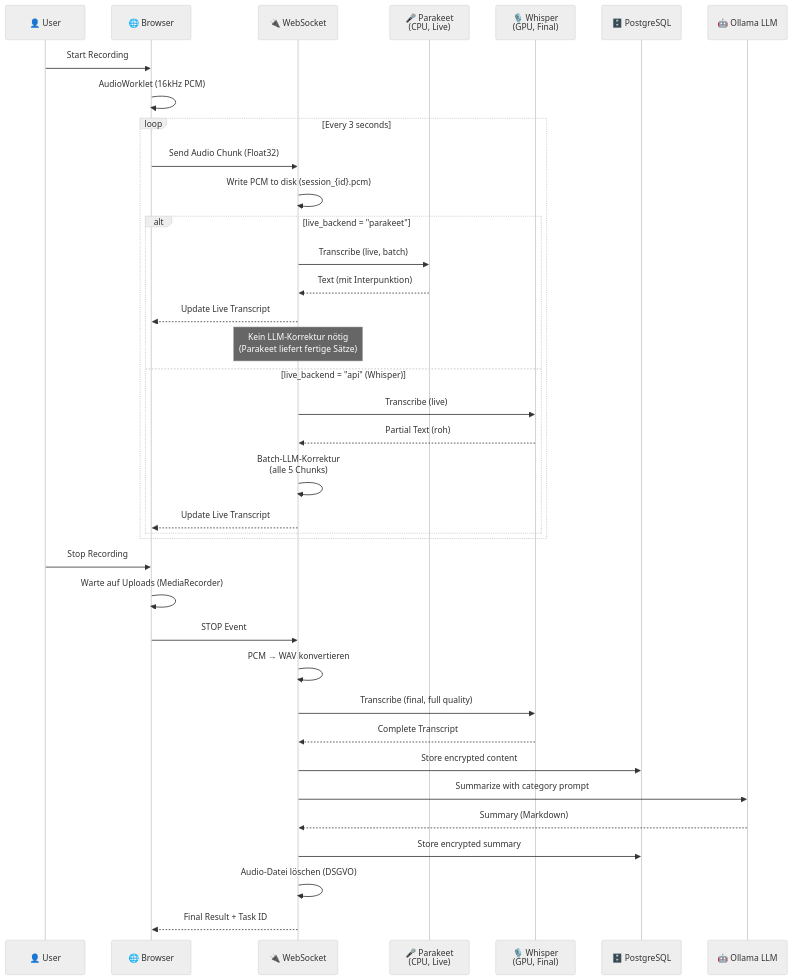
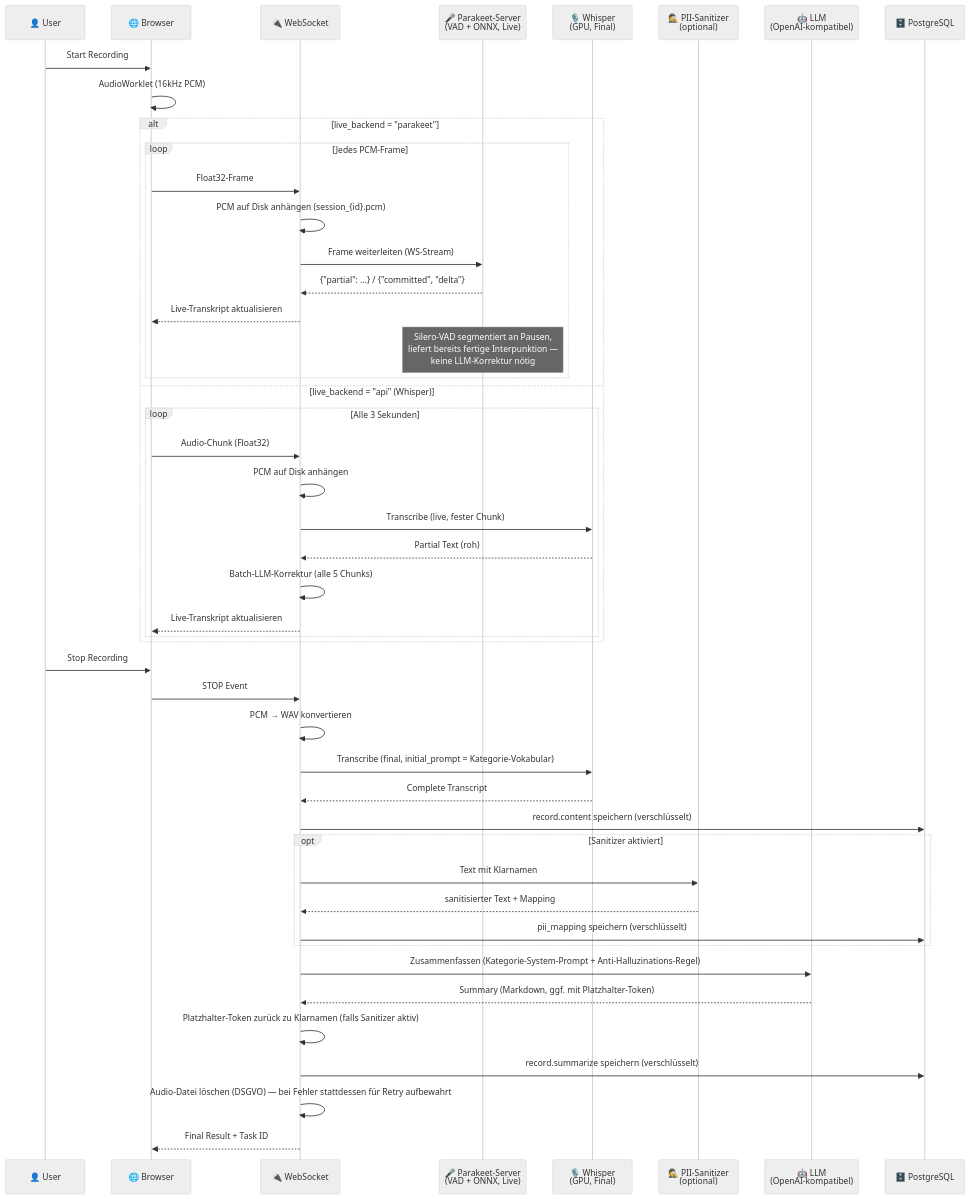
Before and after one commit to s2a-open-technologies/openDox: the second of 4 diagrams in docs/opendox.md, drawn with Mermaid (neutral theme). The commit also changed other lines of this file and 28 other files, not shown here.

````diff
--- a/docs/opendox.md
+++ b/docs/opendox.md
@@ -73,43 +88,54 @@
 ```mermaid
 sequenceDiagram
     participant User as 👤 User
     participant Browser as 🌐 Browser
     participant WS as 🔌 WebSocket
-    participant Parakeet as 🎤 Parakeet<br/>(CPU, Live)
+    participant Parakeet as 🎤 Parakeet-Server<br/>(VAD + ONNX, Live)
     participant Whisper as 🎙️ Whisper<br/>(GPU, Final)
+    participant Sanitizer as 🕵️ PII-Sanitizer<br/>(optional)
+    participant LLM as 🤖 LLM<br/>(OpenAI-kompatibel)
     participant DB as 🗄️ PostgreSQL
-    participant LLM as 🤖 Ollama LLM
-    
+
     User->>Browser: Start Recording
     Browser->>Browser: AudioWorklet (16kHz PCM)
-    
-    loop Every 3 seconds
-        Browser->>WS: Send Audio Chunk (Float32)
-        WS->>WS: Write PCM to disk (session_{id}.pcm)
-        
-        alt live_backend = "parakeet"
-            WS->>Parakeet: Transcribe (live, batch)
-            Parakeet-->>WS: Text (mit Interpunktion)
-            WS-->>Browser: Update Live Transcript
-            Note over WS: Kein LLM-Korrektur nötig<br/>(Parakeet liefert fertige Sätze)
-        else live_backend = "api" (Whisper)
-            WS->>Whisper: Transcribe (live)
+
+    alt live_backend = "parakeet"
+        loop Jedes PCM-Frame
+            Browser->>WS: Float32-Frame
+            WS->>WS: PCM auf Disk anhängen (session_{id}.pcm)
+            WS->>Parakeet: Frame weiterleiten (WS-Stream)
+            Parakeet-->>WS: {"partial": ...} / {"committed", "delta"}
+            WS-->>Browser: Live-Transkript aktualisieren
+            Note over Parakeet: Silero-VAD segmentiert an Pausen,<br/>liefert bereits fertige Interpunktion —<br/>keine LLM-Korrektur nötig
+        end
+    else live_backend = "api" (Whisper)
+        loop Alle 3 Sekunden
+            Browser->>WS: Audio-Chunk (Float32)
+            WS->>WS: PCM auf Disk anhängen
+            WS->>Whisper: Transcribe (live, fester Chunk)
             Whisper-->>WS: Partial Text (roh)
-            WS->>WS: Batch-LLM-Korrektur<br/>(alle 5 Chunks)
-            WS-->>Browser: Update Live Transcript
+            WS->>WS: Batch-LLM-Korrektur (alle 5 Chunks)
+            WS-->>Browser: Live-Transkript aktualisieren
         end
     end
-    
+
     User->>Browser: Stop Recording
-    Browser->>Browser: Warte auf Uploads (MediaRecorder)
     Browser->>WS: STOP Event
     WS->>WS: PCM → WAV konvertieren
-    WS->>Whisper: Transcribe (final, full quality)
+    WS->>Whisper: Transcribe (final, initial_prompt = Kategorie-Vokabular)
     Whisper-->>WS: Complete Transcript
-    WS->>DB: Store encrypted content
-    WS->>LLM: Summarize with category prompt
-    LLM-->>WS: Summary (Markdown)
-    WS->>DB: Store encrypted summary
-    WS->>WS: Audio-Datei löschen (DSGVO)
+    WS->>DB: record.content speichern (verschlüsselt)
+
+    opt Sanitizer aktiviert
+        WS->>Sanitizer: Text mit Klarnamen
+        Sanitizer-->>WS: sanitisierter Text + Mapping
+        WS->>DB: pii_mapping speichern (verschlüsselt)
+    end
+
+    WS->>LLM: Zusammenfassen (Kategorie-System-Prompt + Anti-Halluzinations-Regel)
+    LLM-->>WS: Summary (Markdown, ggf. mit Platzhalter-Token)
+    WS->>WS: Platzhalter-Token zurück zu Klarnamen (falls Sanitizer aktiv)
+    WS->>DB: record.summarize speichern (verschlüsselt)
+    WS->>WS: Audio-Datei löschen (DSGVO) — bei Fehler stattdessen für Retry aufbewahrt
     WS-->>Browser: Final Result + Task ID
 ```
````
